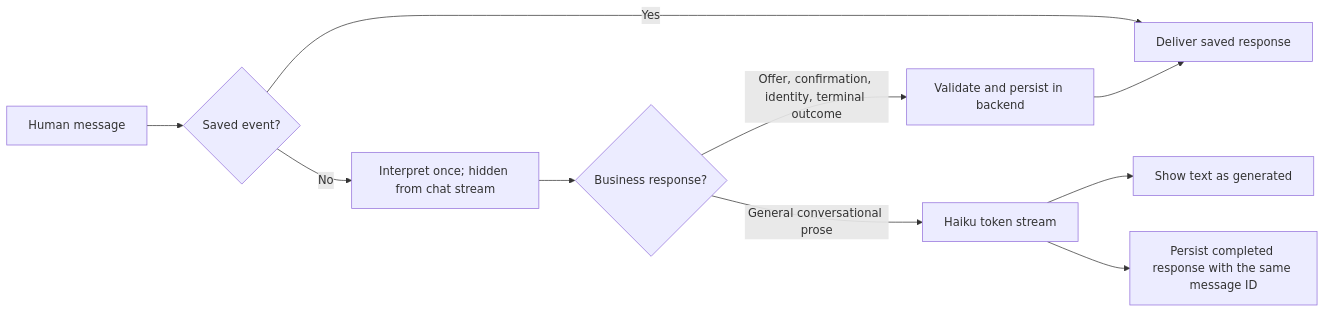
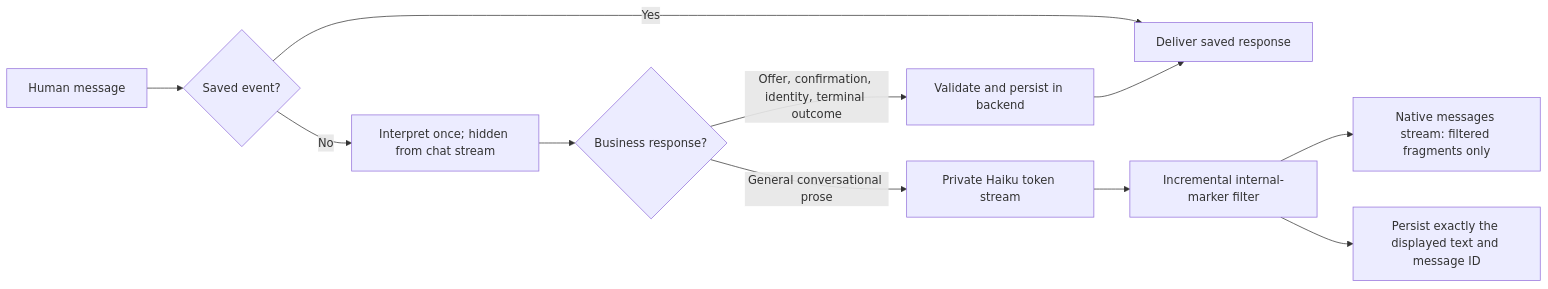
The diagram in docs/STREAMING.md (sergiomorapardo/AgenticDebtCollection), drawn with Mermaid before and after one commit. The commit also changed other lines of this file and 11 other files, not shown here.

First line of the commit message:
fix(responses): filter internal markers and explain payment limits (#53)

````diff
--- a/docs/STREAMING.md
+++ b/docs/STREAMING.md
@@ -3,12 +3,13 @@
 ```mermaid
 flowchart LR
     U[Human message] --> R{Saved event?}
     R -->|Yes| F[Deliver saved response]
     R -->|No| I[Interpret once; hidden from chat stream]
     I --> B{Business response?}
     B -->|Offer, confirmation, identity, terminal outcome| V[Validate and persist in backend]
     V --> F
-    B -->|General conversational prose| S[Haiku token stream]
-    S --> C[Show text as generated]
-    S --> P[Persist completed response with the same message ID]
+    B -->|General conversational prose| S[Private Haiku token stream]
+    S --> G[Incremental internal-marker filter]
+    G --> C[Native messages stream: filtered fragments only]
+    G --> P[Persist exactly the displayed text and message ID]
 ```
````
